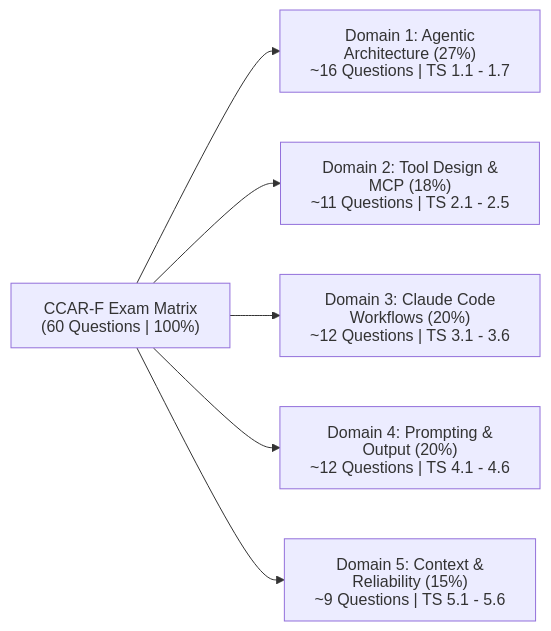
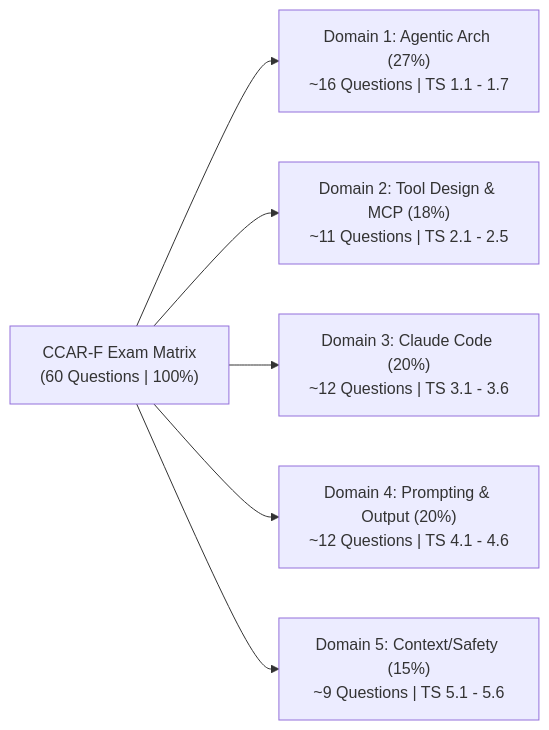
One commit to dip4k/claude_cert_architect_foundation_prep changed the first of 2 diagrams in EXAM_BLUEPRINT.md. Above: the diagram before and after it, drawn with Mermaid. The commit also changed other lines of this file and 99 other files, not shown here.

Commit message:
Fix absolute markdown paths across repo, add 300 practice exam questions, and update scenario guides

````diff
--- a/EXAM_BLUEPRINT.md
+++ b/EXAM_BLUEPRINT.md
@@ -42,13 +42,9 @@
 ```mermaid
----
-config:
-  htmlLabels: false
----
 flowchart LR
     Exam["CCAR-F Exam Matrix<br>(60 Questions | 100%)"]
-    Exam --> D1["Domain 1: Agentic Architecture (27%)<br>~16 Questions | TS 1.1 - 1.7"]
+    Exam --> D1["Domain 1: Agentic Arch (27%)<br>~16 Questions | TS 1.1 - 1.7"]
     Exam --> D2["Domain 2: Tool Design & MCP (18%)<br>~11 Questions | TS 2.1 - 2.5"]
-    Exam --> D3["Domain 3: Claude Code Workflows (20%)<br>~12 Questions | TS 3.1 - 3.6"]
+    Exam --> D3["Domain 3: Claude Code (20%)<br>~12 Questions | TS 3.1 - 3.6"]
     Exam --> D4["Domain 4: Prompting & Output (20%)<br>~12 Questions | TS 4.1 - 4.6"]
-    Exam --> D5["Domain 5: Context & Reliability (15%)<br>~9 Questions | TS 5.1 - 5.6"]
+    Exam --> D5["Domain 5: Context/Safety (15%)<br>~9 Questions | TS 5.1 - 5.6"]
 ```
````
